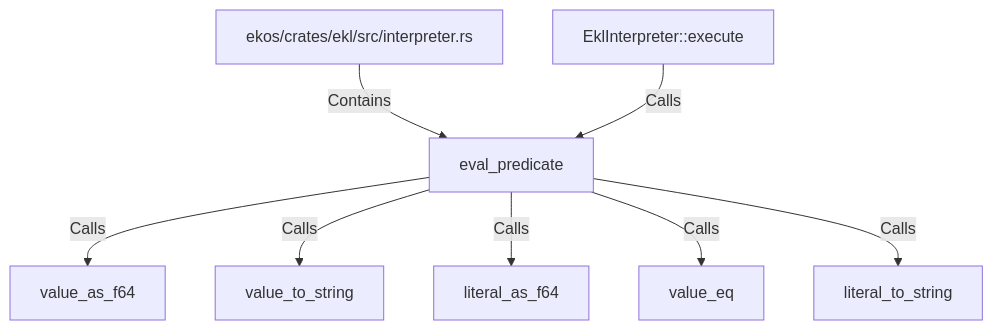
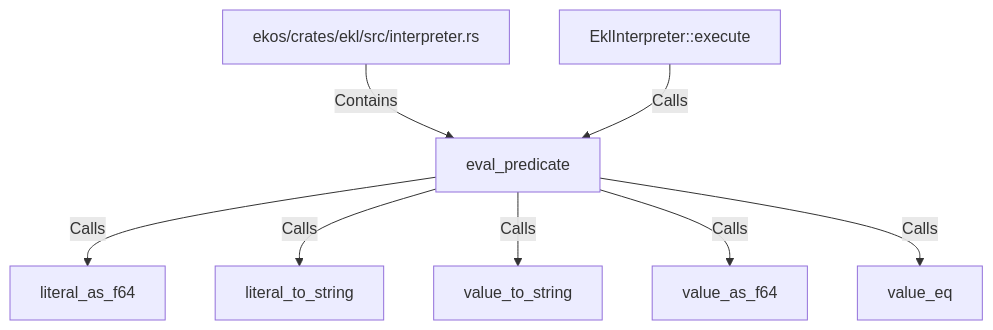
The diagram in doc/entities/rustsymbol/ev/eval-predicate.md (alexeyban/EKOS), drawn with Mermaid before and after one commit. The commit also changed other lines of this file and 552 other files, not shown here.

````diff
--- a/doc/entities/rustsymbol/ev/eval-predicate.md
+++ b/doc/entities/rustsymbol/ev/eval-predicate.md
@@ -26,18 +26,18 @@
 ```mermaid
 graph TD
     ndb424b5e3b63590d8e63197b48efa89a["eval_predicate"]
     n9c2cb6e4ee09503f8cf5ccfaf23ecd79["ekos/crates/ekl/src/interpreter.rs"]
     n9c2cb6e4ee09503f8cf5ccfaf23ecd79 -->|Contains| ndb424b5e3b63590d8e63197b48efa89a
     nfeb95d3d5916525d86e3ad4cee4ff906["EklInterpreter::execute"]
     nfeb95d3d5916525d86e3ad4cee4ff906 -->|Calls| ndb424b5e3b63590d8e63197b48efa89a
+    n89a4f30680735546b7d3c1c55d138bcf["literal_as_f64"]
+    ndb424b5e3b63590d8e63197b48efa89a -->|Calls| n89a4f30680735546b7d3c1c55d138bcf
+    nb99e9e6115dd5ac5be47b6a1955b3f88["literal_to_string"]
+    ndb424b5e3b63590d8e63197b48efa89a -->|Calls| nb99e9e6115dd5ac5be47b6a1955b3f88
+    n2b431c16e2995ca5b60a18aac4ca949f["value_to_string"]
+    ndb424b5e3b63590d8e63197b48efa89a -->|Calls| n2b431c16e2995ca5b60a18aac4ca949f
     n8613a3d6558353a9907cc715f59b736e["value_as_f64"]
     ndb424b5e3b63590d8e63197b48efa89a -->|Calls| n8613a3d6558353a9907cc715f59b736e
-    n2b431c16e2995ca5b60a18aac4ca949f["value_to_string"]
-    ndb424b5e3b63590d8e63197b48efa89a -->|Calls| n2b431c16e2995ca5b60a18aac4ca949f
-    n89a4f30680735546b7d3c1c55d138bcf["literal_as_f64"]
-    ndb424b5e3b63590d8e63197b48efa89a -->|Calls| n89a4f30680735546b7d3c1c55d138bcf
     n92f877896991562bb87673c822722296["value_eq"]
     ndb424b5e3b63590d8e63197b48efa89a -->|Calls| n92f877896991562bb87673c822722296
-    nb99e9e6115dd5ac5be47b6a1955b3f88["literal_to_string"]
-    ndb424b5e3b63590d8e63197b48efa89a -->|Calls| nb99e9e6115dd5ac5be47b6a1955b3f88
 ```
````
